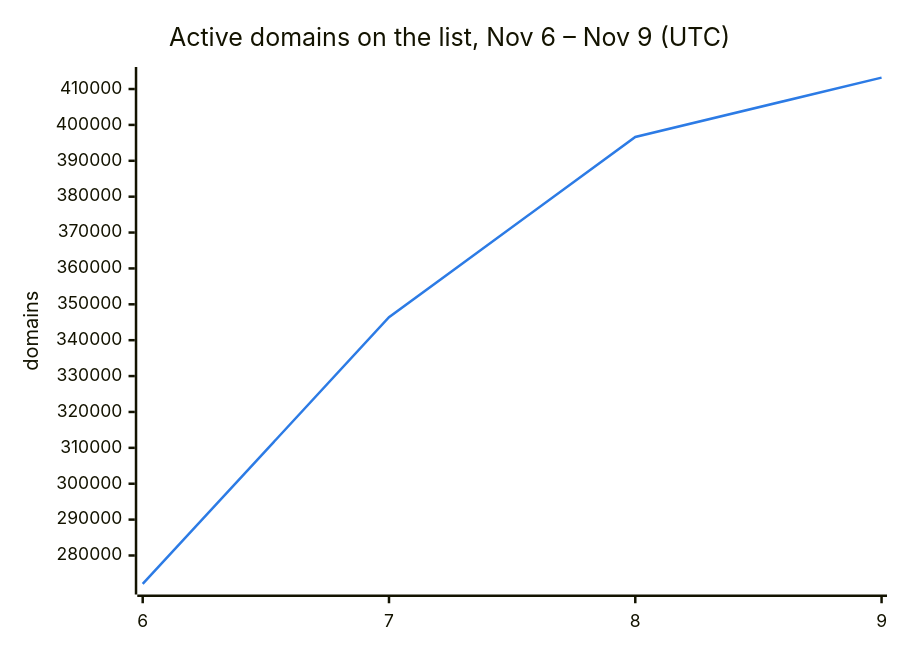
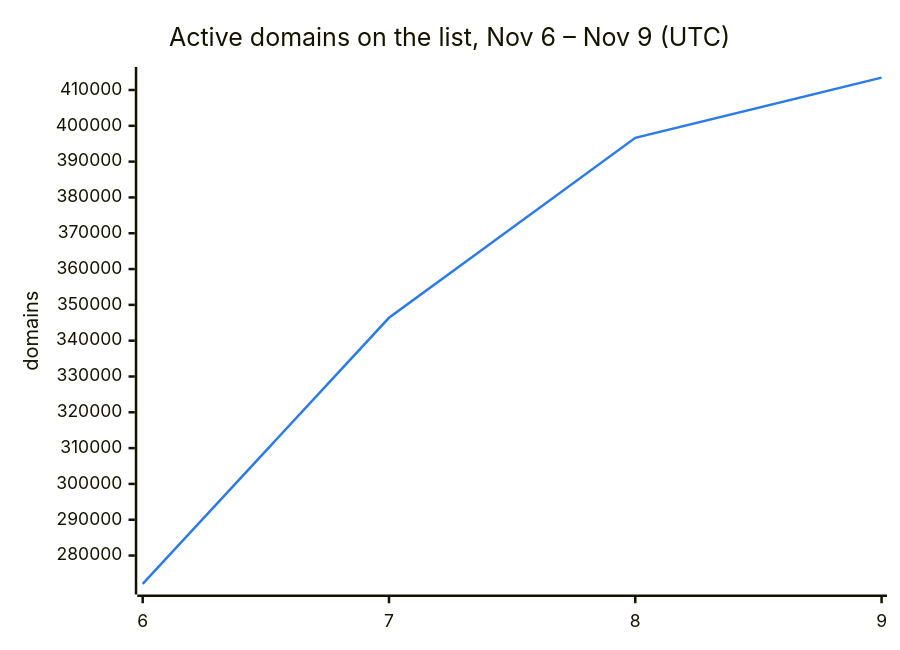
Before and after one commit to DNSBunker/CTI: the second of 3 diagrams in README.md, drawn with Mermaid. The commit also changed other lines of this file and 3 other files, not shown here.

````diff
--- a/README.md
+++ b/README.md
@@ -38,8 +38,8 @@
 ```mermaid
 %%{init: {"themeVariables": {"xyChart": {"plotColorPalette": "#2c7be5"}}}}%%
 xychart-beta
     title "Active domains on the list, Nov 6 – Nov 9 (UTC)"
     x-axis ["6", "7", "8", "9"]
     y-axis "domains"
-    line [272088, 346388, 396638, 413176]
+    line [272088, 346388, 396638, 413456]
 ```
````
